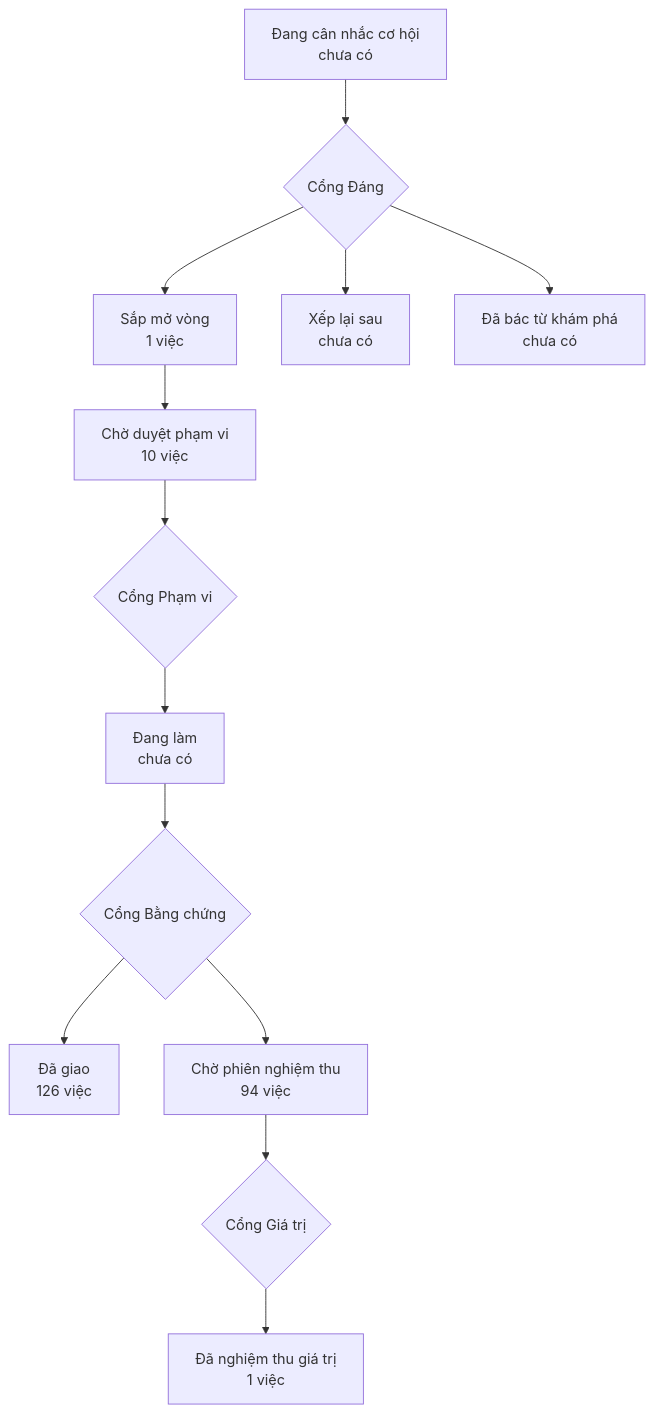
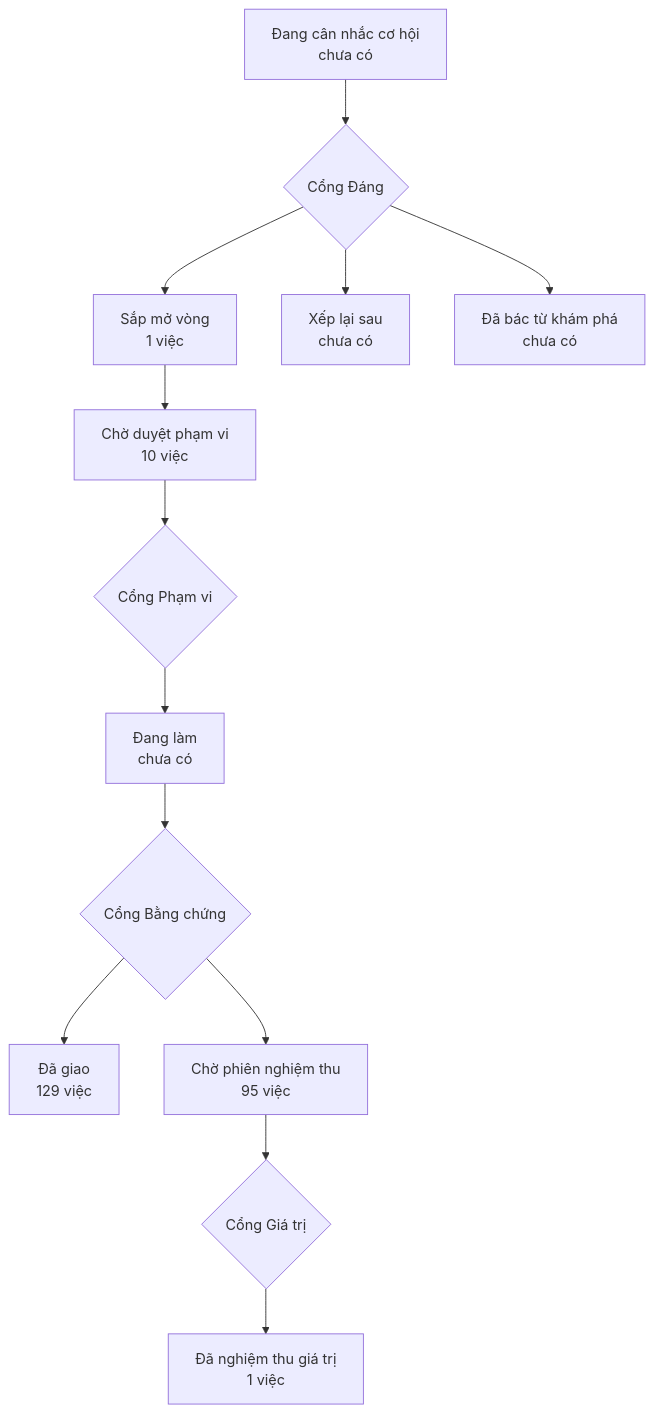
One commit to phanlemanh/onehub-invest changed the diagram in PRODUCT-MAP.md. Above: the diagram before and after it, drawn with Mermaid. The commit also changed other lines of this file and 1 other file, not shown here.

Commit message:
chore: vẽ lại bản đồ sau khi gộp main

````diff
--- a/PRODUCT-MAP.md
+++ b/PRODUCT-MAP.md
@@ -7,12 +7,12 @@
 ```mermaid
 flowchart TD
   A["Đang cân nhắc cơ hội<br/>chưa có"] --> GD{"Cổng Đáng"}
   GD --> B["Sắp mở vòng<br/>1 việc"]
   GD --> XL["Xếp lại sau<br/>chưa có"]
   GD --> DB["Đã bác từ khám phá<br/>chưa có"]
   B --> CD["Chờ duyệt phạm vi<br/>10 việc"] --> GP{"Cổng Phạm vi"}
   GP --> DL["Đang làm<br/>chưa có"] --> GB{"Cổng Bằng chứng"}
-  GB --> DG["Đã giao<br/>126 việc"]
-  GB --> CN["Chờ phiên nghiệm thu<br/>94 việc"] --> GG{"Cổng Giá trị"}
+  GB --> DG["Đã giao<br/>129 việc"]
+  GB --> CN["Chờ phiên nghiệm thu<br/>95 việc"] --> GG{"Cổng Giá trị"}
   GG --> NT["Đã nghiệm thu giá trị<br/>1 việc"]
 ```
````
